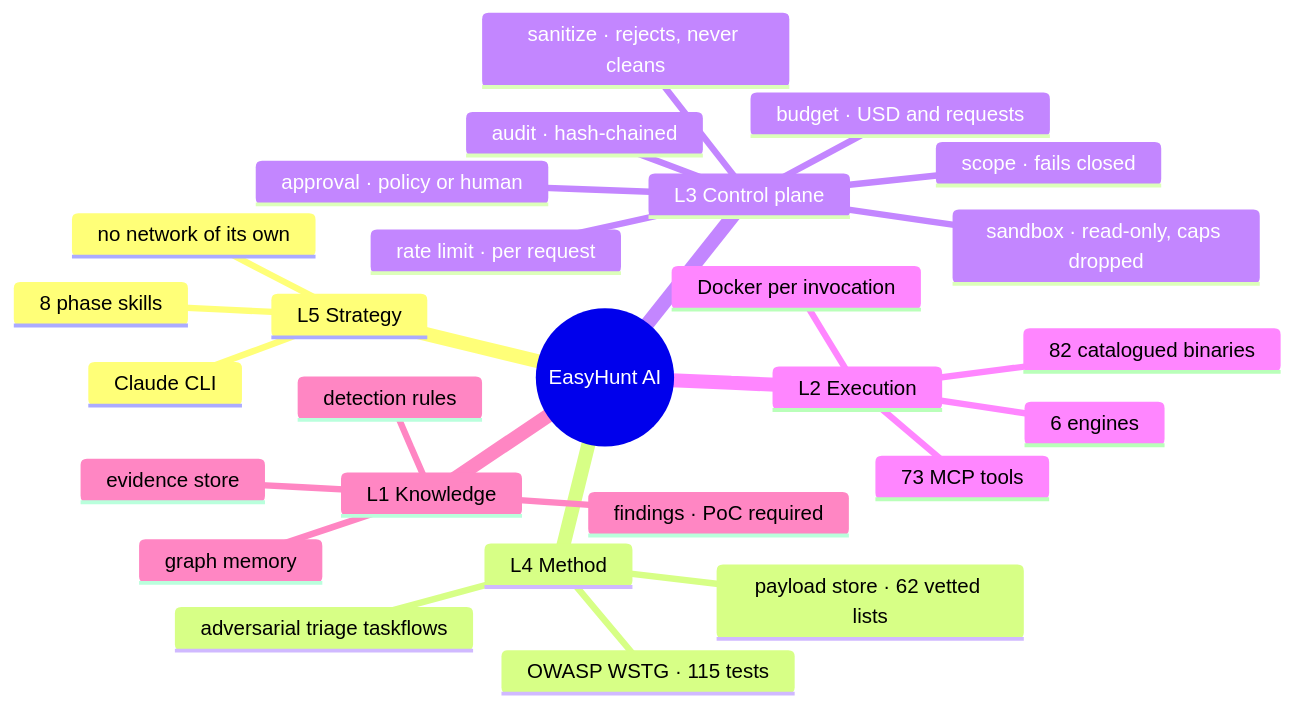
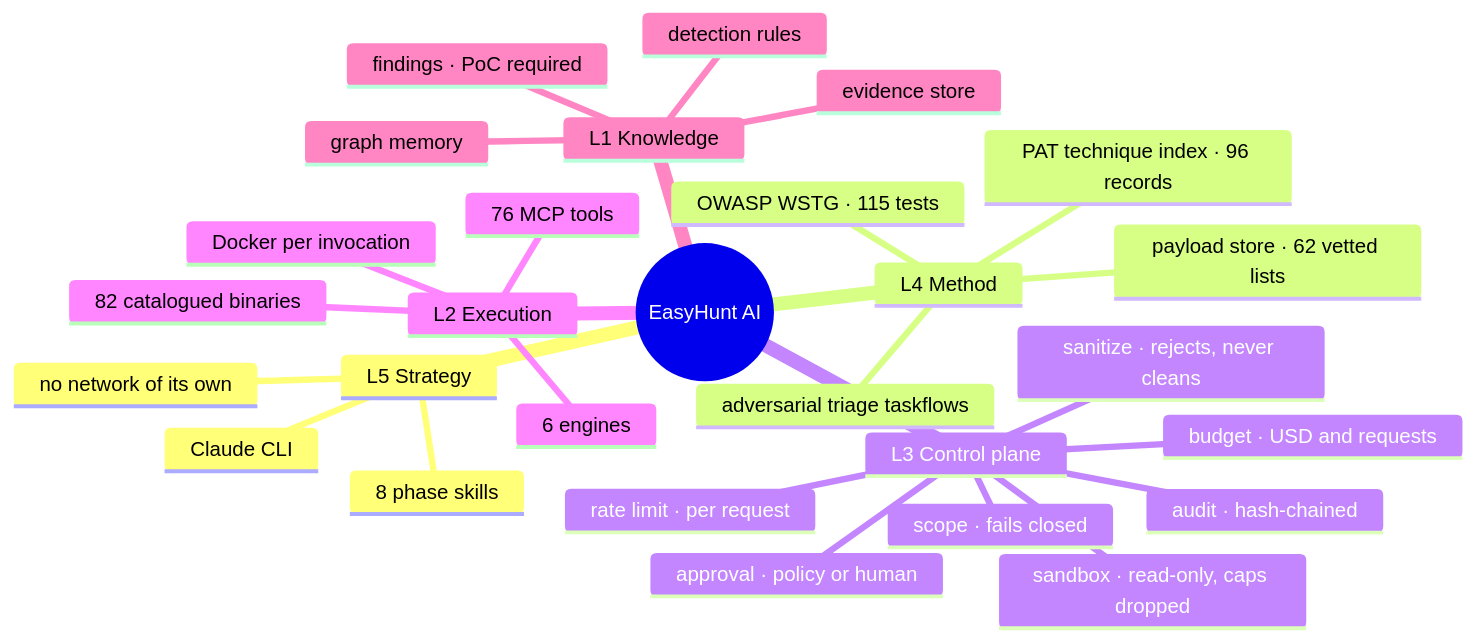
One commit to iamsecure1920/Cordon-AI changed the second of 4 diagrams in README.md. Above: the diagram before and after it, drawn with Mermaid. The commit also changed other lines of this file and 5 other files, not shown here.

````diff
--- a/README.md
+++ b/README.md
@@ -107,30 +107,31 @@
 ```mermaid
 mindmap
   root((EasyHunt AI))
     L5 Strategy
       Claude CLI
       no network of its own
       8 phase skills
     L4 Method
       OWASP WSTG · 115 tests
+      PAT technique index · 96 records
       adversarial triage taskflows
       payload store · 62 vetted lists
     L3 Control plane
       scope · fails closed
       sanitize · rejects, never cleans
       budget · USD and requests
       rate limit · per request
       approval · policy or human
       sandbox · read-only, caps dropped
       audit · hash-chained
     L2 Execution
-      73 MCP tools
+      76 MCP tools
       82 catalogued binaries
       6 engines
       Docker per invocation
     L1 Knowledge
       findings · PoC required
       graph memory
       detection rules
       evidence store
 ```
````
